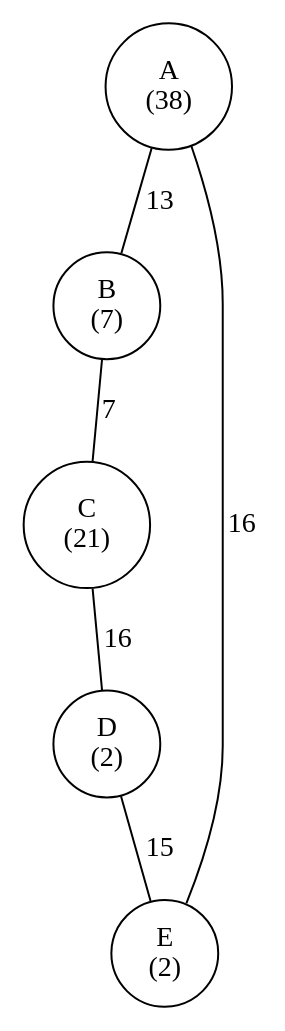
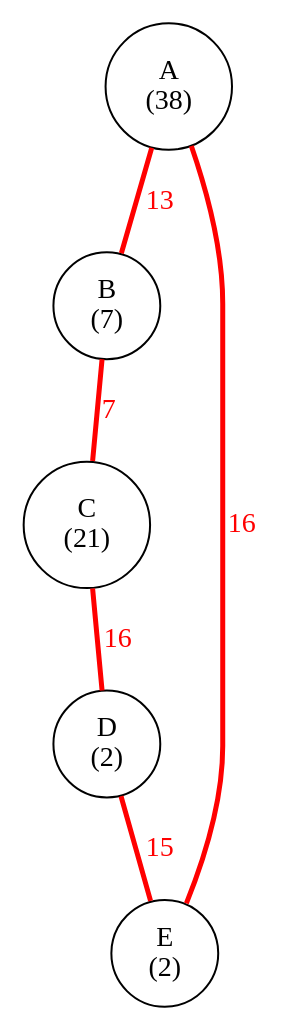
One commit to VinciG39/Graphs changed the diagram in output/graph1.dot. Above: the diagram before and after it, drawn with Graphviz. The commit also changed 6 other files, not shown here.

```diff
--- a/output/graph1.dot
+++ b/output/graph1.dot
@@ -1,18 +1,13 @@
 strict graph G {
     node [shape=circle];
     0 [label="A\n(38)"];
     1 [label="B\n(7)"];
     2 [label="C\n(21)"];
     3 [label="D\n(2)"];
     4 [label="E\n(2)"];
-    0 -- 1 [label="13"];
-    0 -- 4 [label="16"];
-    1 -- 0 [label="13"];
-    1 -- 2 [label="7"];
-    2 -- 1 [label="7"];
-    2 -- 3 [label="16"];
-    3 -- 2 [label="16"];
-    3 -- 4 [label="15"];
-    4 -- 0 [label="16"];
-    4 -- 3 [label="15"];
+    0 -- 1 [label="13", color="red", penwidth=2.5, fontcolor="red"];
+    0 -- 4 [label="16", color="red", penwidth=2.5, fontcolor="red"];
+    1 -- 2 [label="7", color="red", penwidth=2.5, fontcolor="red"];
+    2 -- 3 [label="16", color="red", penwidth=2.5, fontcolor="red"];
+    3 -- 4 [label="15", color="red", penwidth=2.5, fontcolor="red"];
 }
```
